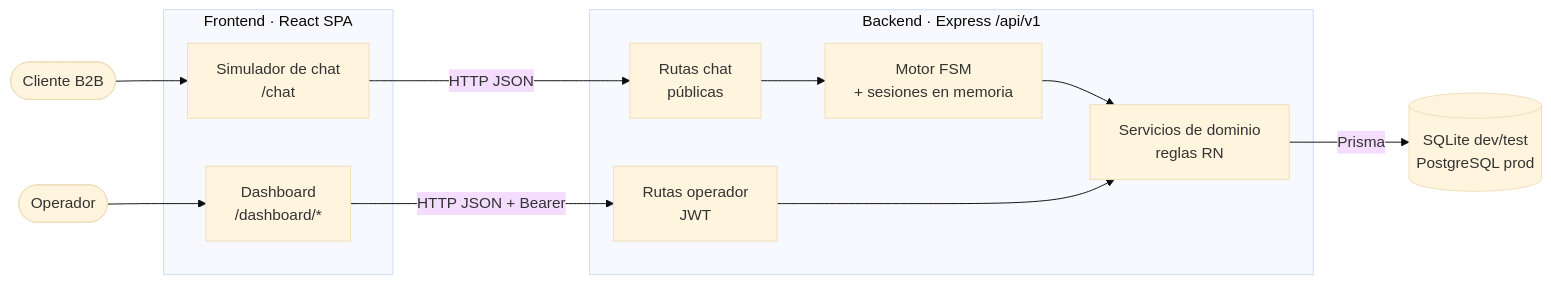
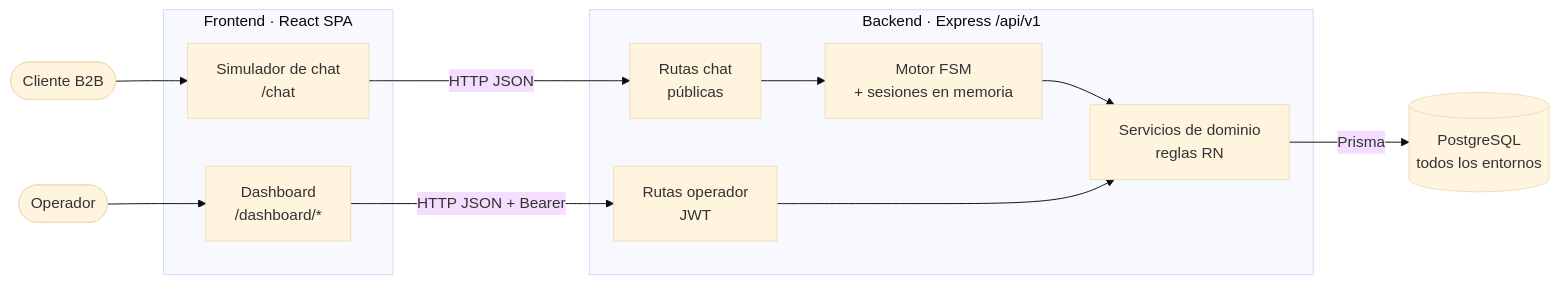
Before and after one commit to Hely-son/Helyson-perdomo-proyecto-final: the first of 2 diagrams in docs/ARCHITECTURE.md, drawn with Mermaid (base theme). The commit also changed other lines of this file and 15 other files, not shown here.

````diff
--- a/docs/ARCHITECTURE.md
+++ b/docs/ARCHITECTURE.md
@@ -9,25 +11,25 @@
 ```mermaid
 flowchart LR
     cliente([Cliente B2B]) --> chatUI
     operador([Operador]) --> dashUI
 
     subgraph web[Frontend · React SPA]
         chatUI[Simulador de chat<br/>/chat]
         dashUI[Dashboard<br/>/dashboard/*]
     end
 
     subgraph api[Backend · Express /api/v1]
         chatRoutes[Rutas chat<br/>públicas]
         opRoutes[Rutas operador<br/>JWT]
         fsm[Motor FSM<br/>+ sesiones en memoria]
         services[Servicios de dominio<br/>reglas RN]
     end
 
-    db[(SQLite dev/test<br/>PostgreSQL prod)]
+    db[(PostgreSQL<br/>todos los entornos)]
 
     chatUI -->|HTTP JSON| chatRoutes
     dashUI -->|HTTP JSON + Bearer| opRoutes
     chatRoutes --> fsm --> services
     opRoutes --> services
     services -->|Prisma| db
 ```
````
